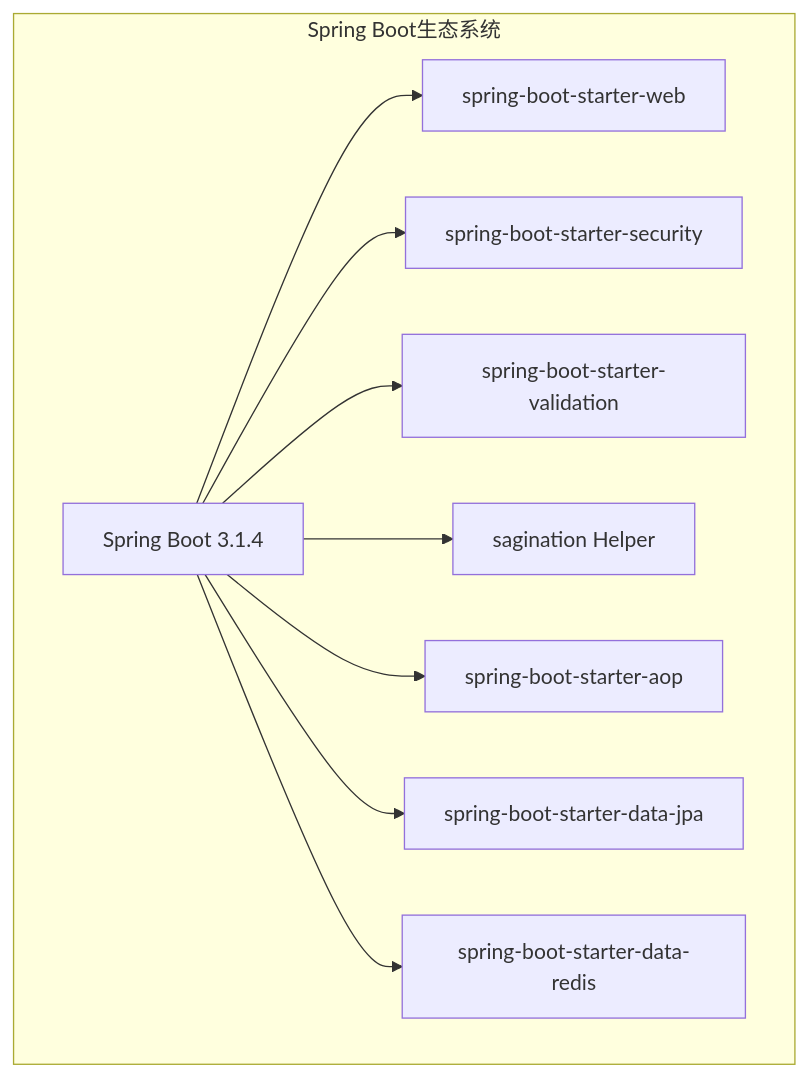
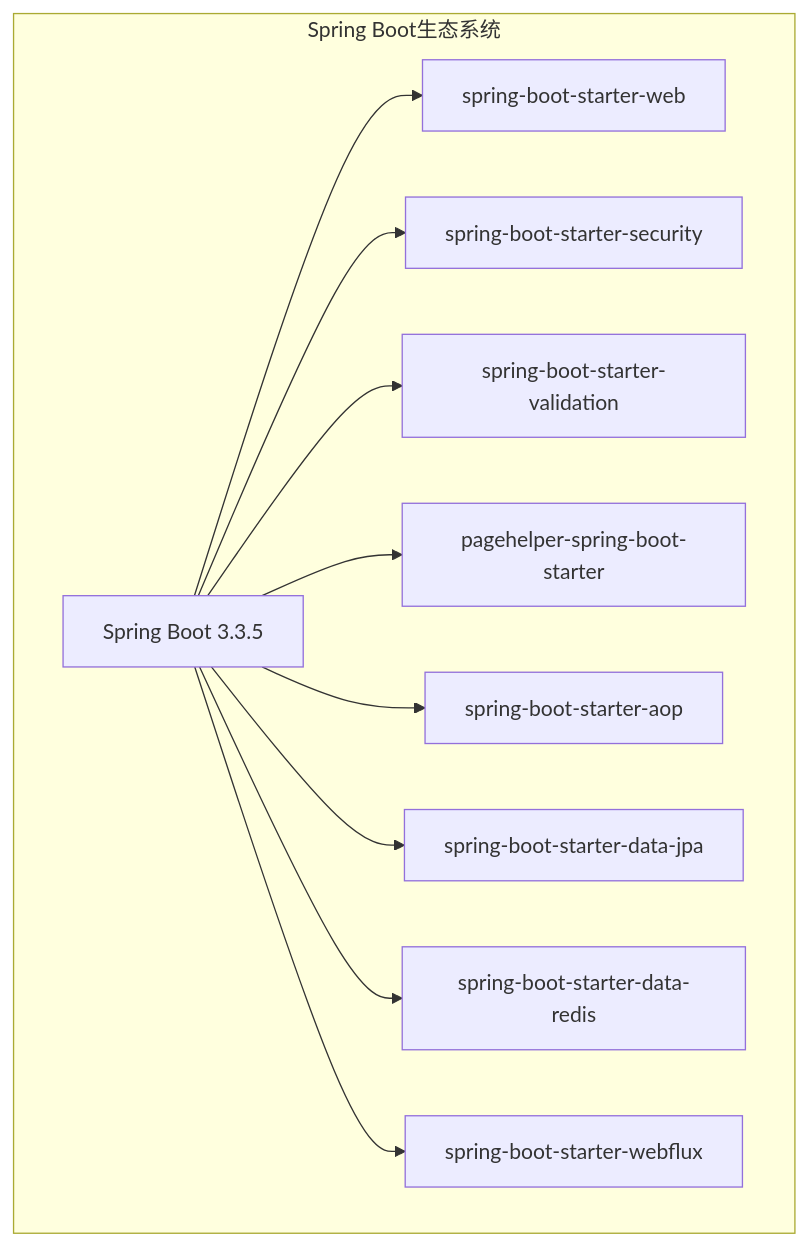
The first of 7 diagrams in .qoder/repowiki/zh/content/技术栈与依赖.md (Redmoon-2333/HumanResourceOfficial), drawn with Mermaid before and after one commit. The commit also changed other lines of this file and 17 other files, not shown here.

````diff
--- a/.qoder/repowiki/zh/content/技术栈与依赖.md
+++ b/.qoder/repowiki/zh/content/技术栈与依赖.md
@@ -43,20 +57,22 @@
 ```mermaid
 graph TB
 subgraph "Spring Boot生态系统"
-SB[Spring Boot 3.1.4]
+SB[Spring Boot 3.3.5]
 WS[spring-boot-starter-web]
 SS[spring-boot-starter-security]
 MS[spring-boot-starter-validation]
-MP[sagination Helper]
+MP[pagehelper-spring-boot-starter]
 AS[spring-boot-starter-aop]
 JPA[spring-boot-starter-data-jpa]
 REDIS[spring-boot-starter-data-redis]
+WEBFLUX[spring-boot-starter-webflux]
 end
 SB --> WS
 SB --> SS
 SB --> MS
 SB --> MP
 SB --> AS
 SB --> JPA
 SB --> REDIS
+SB --> WEBFLUX
 ```
````
